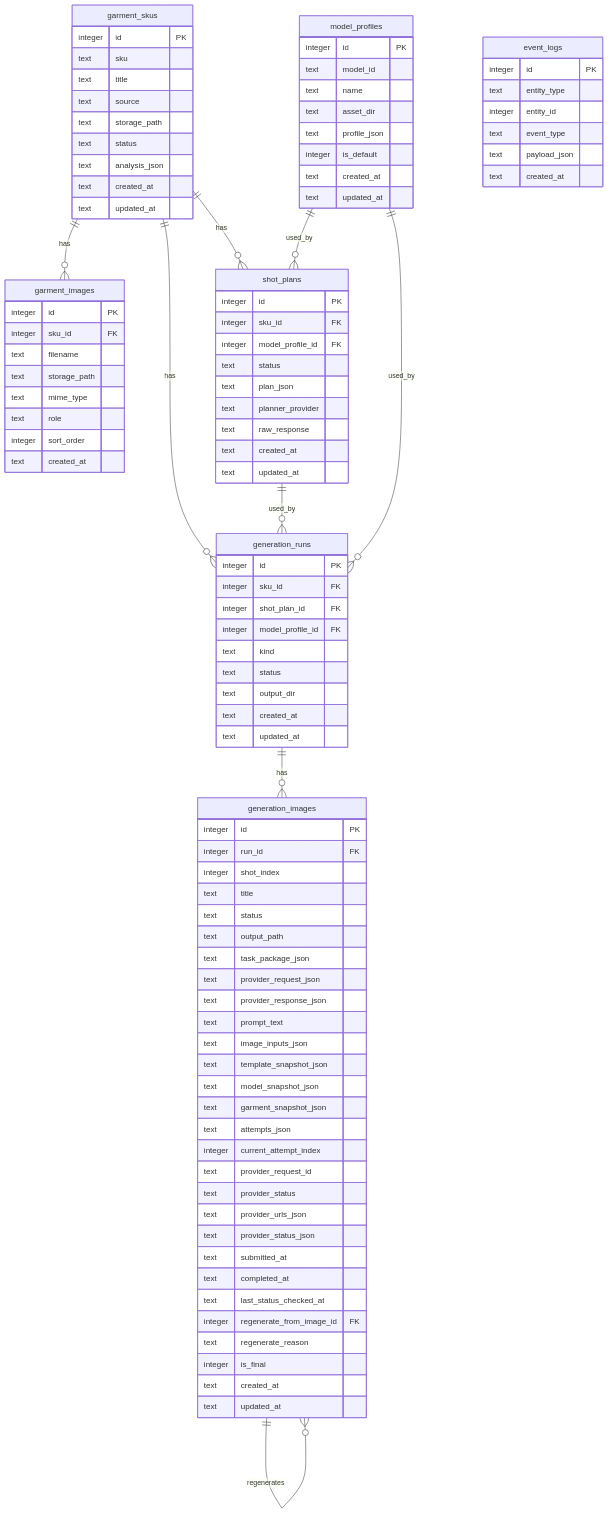
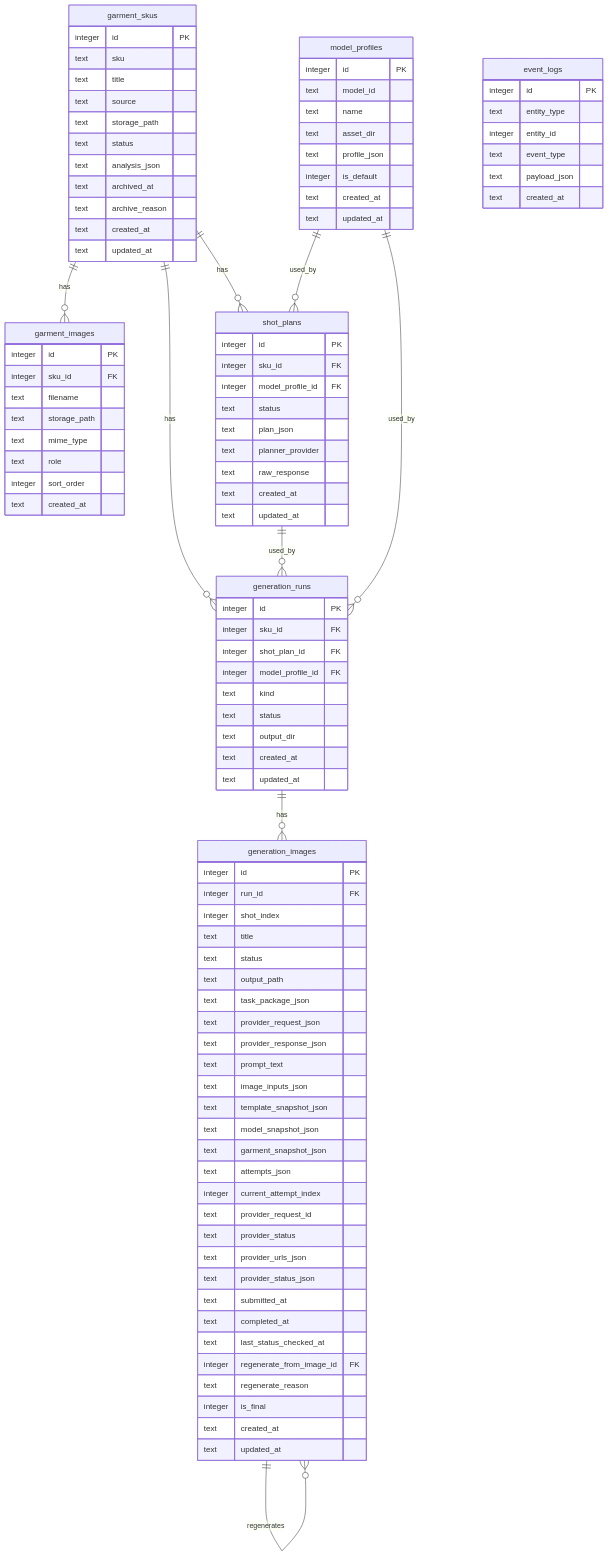
Before and after one commit to happyvchen/ruyi-dream: the diagram in backend/database_schema.md, drawn with Mermaid. The commit also changed other lines of this file and 9 other files, not shown here.

First line of the commit message:
Harden image display and archive deletion flows

```diff
--- a/backend/database_schema.md
+++ b/backend/database_schema.md
@@ -480,6 +485,8 @@
     text storage_path
     text status
     text analysis_json
+    text archived_at
+    text archive_reason
     text created_at
     text updated_at
   }
```
